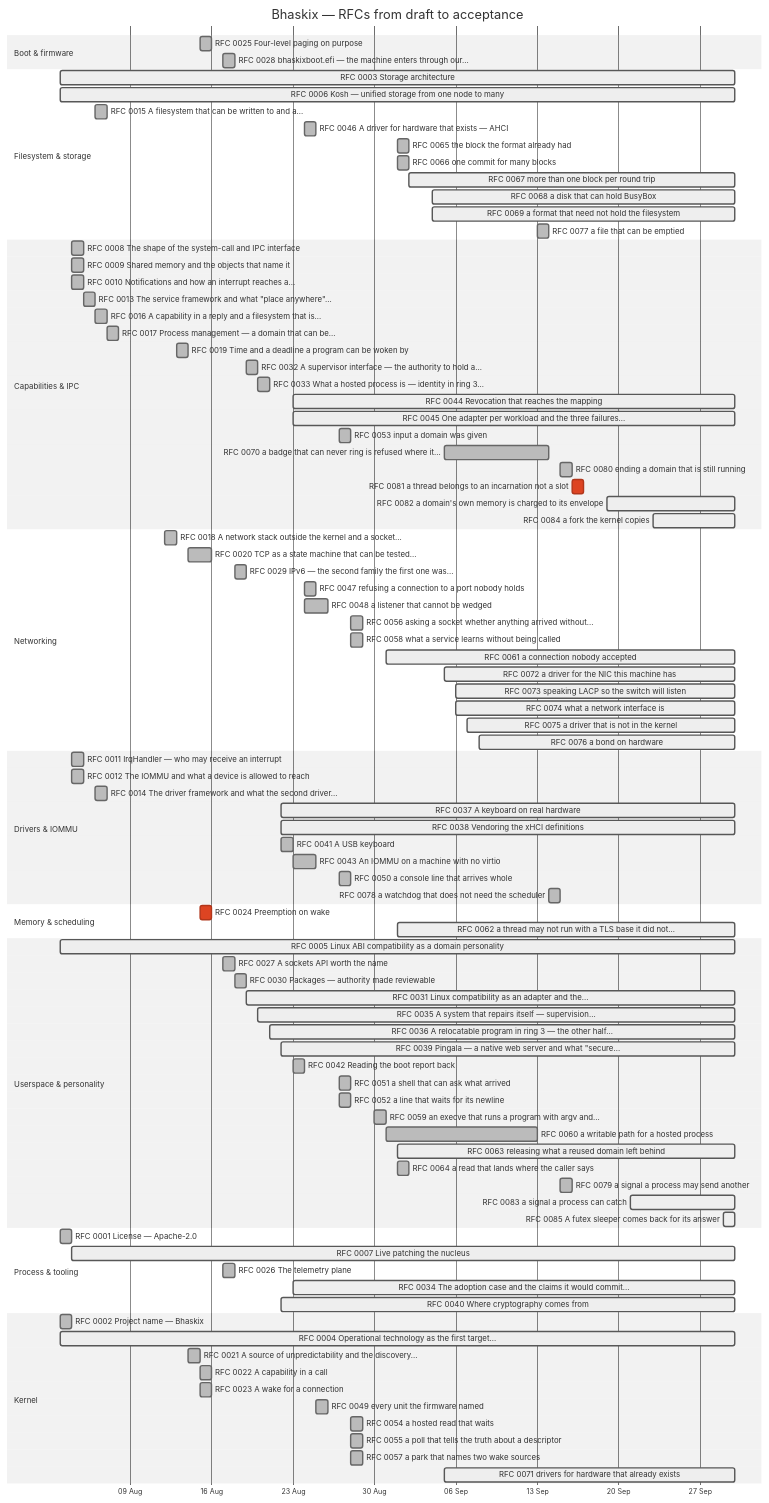
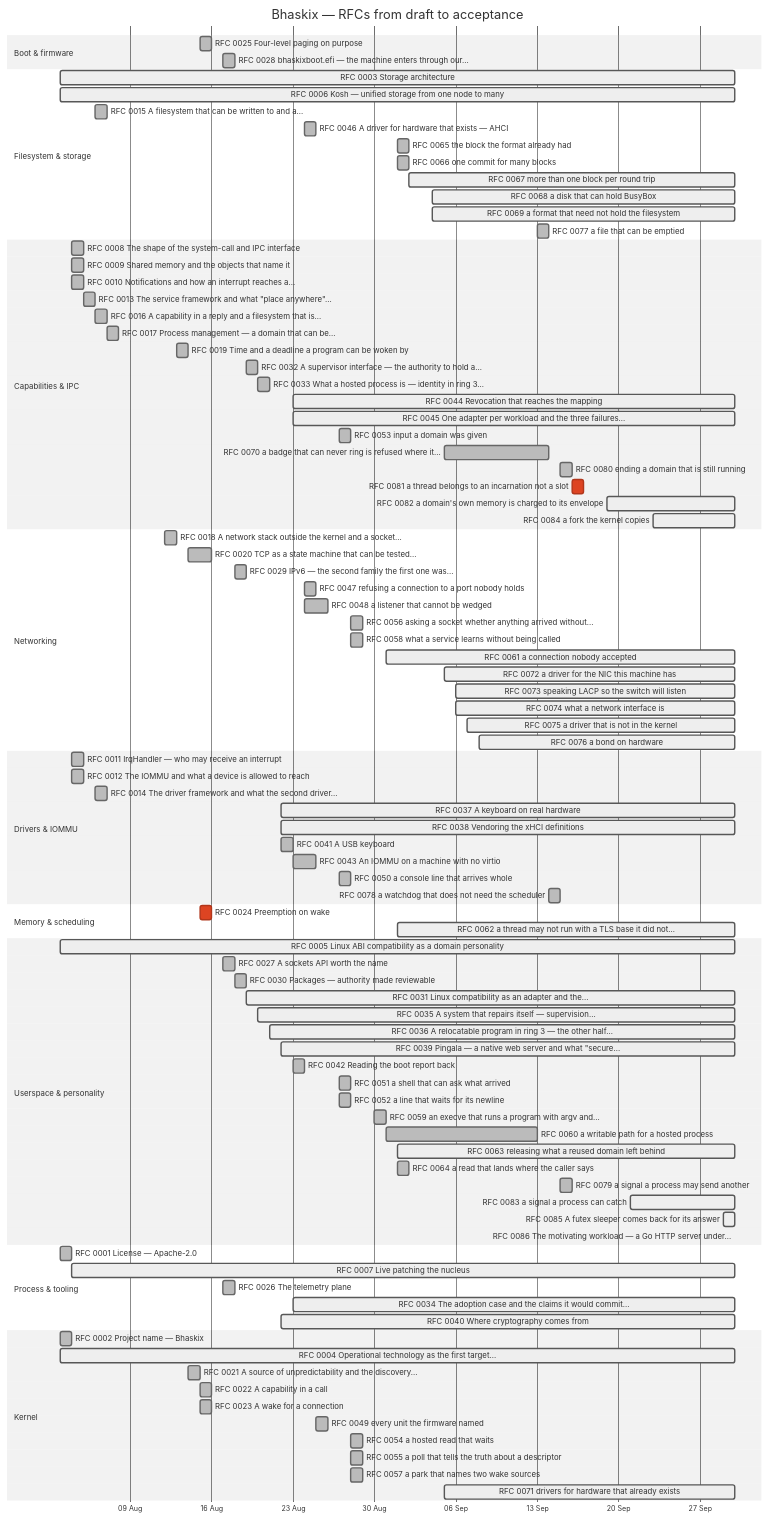
The diagram in docs/progress.md (bhaskix/bhaskix), drawn with Mermaid (neutral theme) before and after one commit. The commit also changed other lines of this file and 5 other files, not shown here.

First line of the commit message:
docs: the motivating workload is named, traced and gated (RFC 0086 step 1)

```diff
--- a/docs/progress.md
+++ b/docs/progress.md
@@ -104,6 +104,7 @@
     RFC 0079 a signal a process may send another :done, r0079, 2026-09-15, 1d
     RFC 0083 a signal a process can catch :active, r0083, 2026-09-21, 2026-09-30
     RFC 0085 A futex sleeper comes back for its answer :active, r0085, 2026-09-29, 2026-09-30
+    RFC 0086 The motivating workload — a Go HTTP server under... :active, r0086, 2026-09-30, 2026-09-30
     section Process & tooling
     RFC 0001 License — Apache-2.0 :done, r0001, 2026-08-03, 1d
     RFC 0007 Live patching the nucleus :active, r0007, 2026-08-04, 2026-09-30
```
